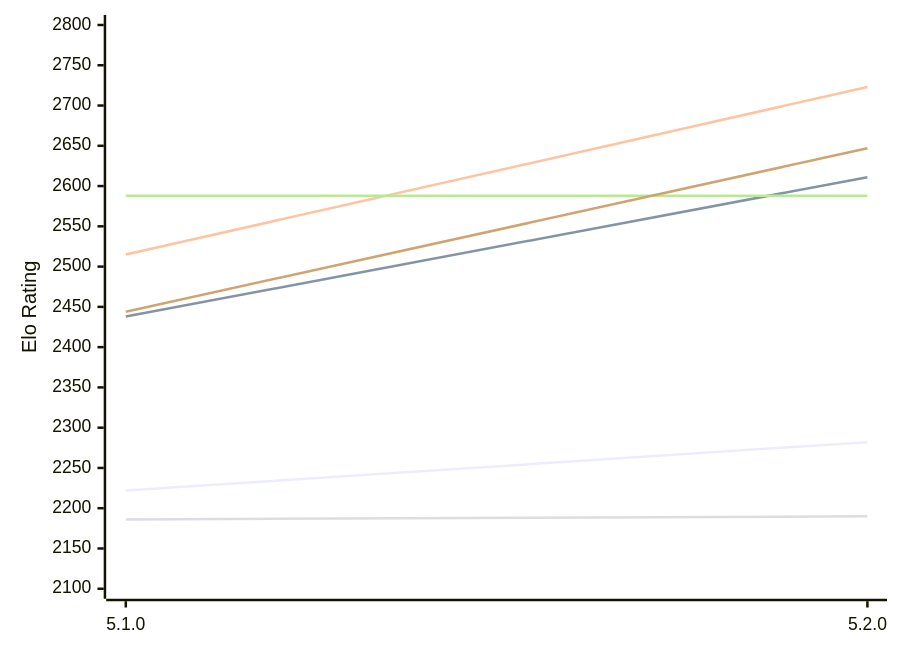
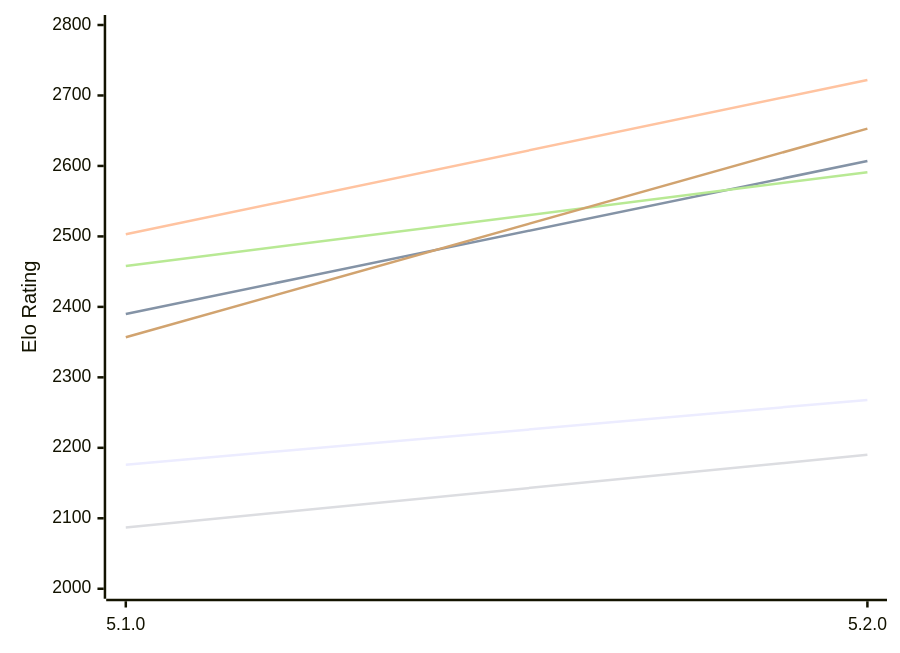
One commit to computer-chess-index/cci changed the first of 2 diagrams in engines/Aconcagua.md. Above: the diagram before and after it, drawn with Mermaid. The commit also changed other lines of this file, not shown here.

Commit message:
Update CCI Ratings (ELO VLTC) - 2026-11-15

````diff
--- a/engines/Aconcagua.md
+++ b/engines/Aconcagua.md
@@ -53,12 +53,12 @@
 ```mermaid
 %%{init: {"theme":"base","themeVariables":{"seriesColors:['#a3a3a3','#222221','#faa371']}}}%%
 xychart-beta
   x-axis ["5.1.0", "5.2.0"]
-  y-axis "Elo Rating" 2100 --> 2800
-  line "E1: STC (8.0+0.08s)" [2222, 2282]
-  line "E1: LTC (60.0+0.60s)" [2438, 2611]
-  line "E1: VLTC (2m24s+1.12s)" [2515, 2723]
-  line "P1: STC (8.0+0.08s)" [2186, 2190]
-  line "P1: LTC (60.0+0.60s)" [2588, 2588]
-  line "P1: VLTC (2m24s+1.12s)" [2444, 2647]
+  y-axis "Elo Rating" 2000 --> 2800
+  line "E1: STC (8.0+0.08s)" [2176, 2268]
+  line "E1: LTC (60.0+0.60s)" [2390, 2607]
+  line "E1: VLTC (2m24s+1.12s)" [2503, 2722]
+  line "P1: STC (8.0+0.08s)" [2087, 2190]
+  line "P1: LTC (60.0+0.60s)" [2458, 2591]
+  line "P1: VLTC (2m24s+1.12s)" [2357, 2653]
 ```
````
